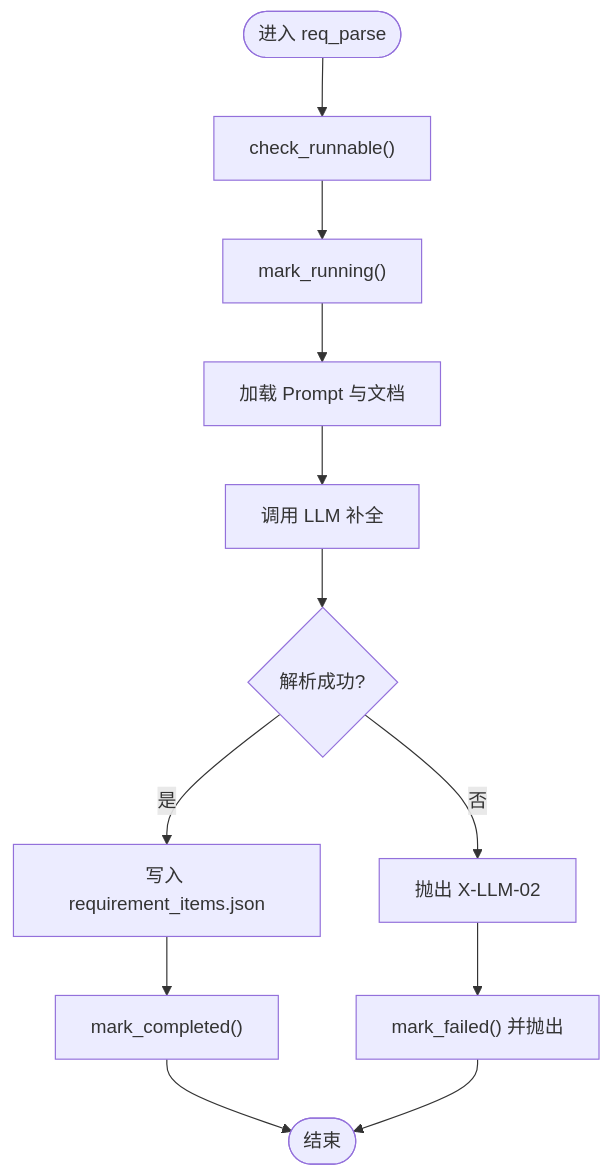
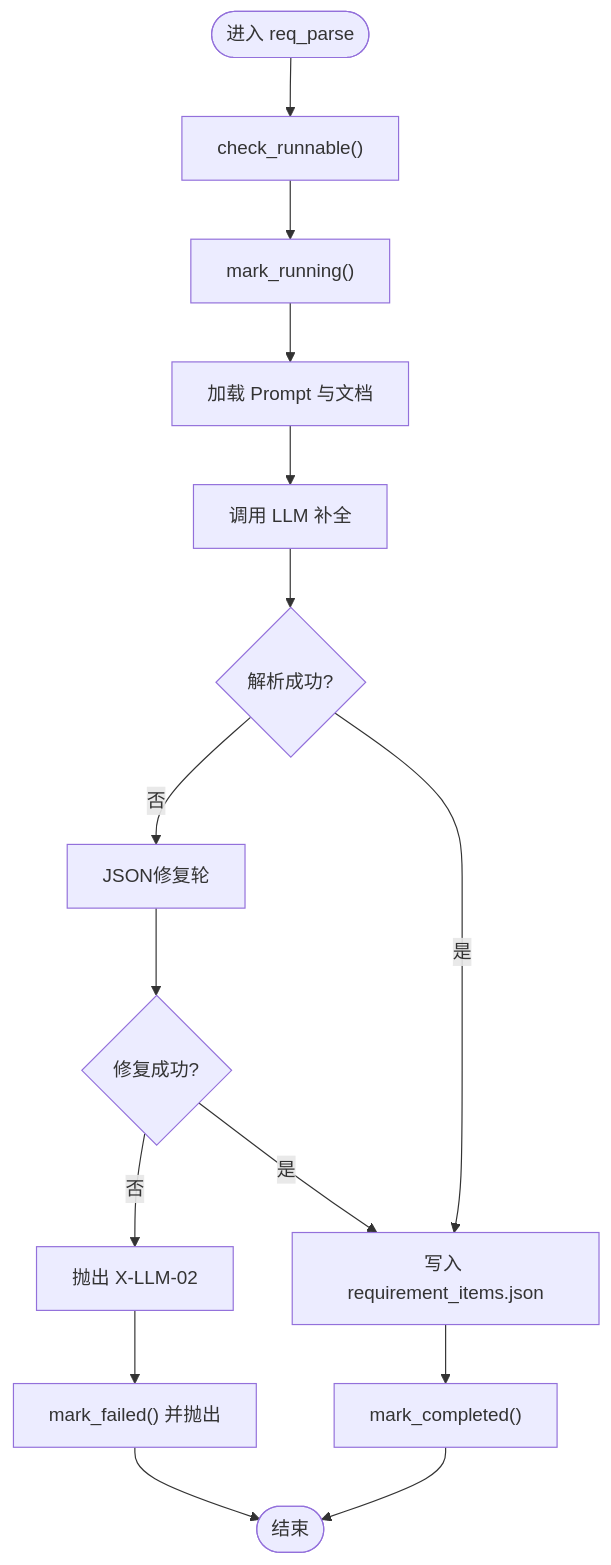
The third of 5 diagrams in .qoder/repowiki/zh/content/流水线工作流/流水线工作流.md (Joeyzheng001/LLM-AutoTest), drawn with Mermaid before and after one commit. The commit also changed other lines of this file and 94 other files, not shown here.

````diff
--- a/.qoder/repowiki/zh/content/流水线工作流/流水线工作流.md
+++ b/.qoder/repowiki/zh/content/流水线工作流/流水线工作流.md
@@ -151,14 +181,17 @@
 ```mermaid
 flowchart TD
 Start(["进入 req_parse"]) --> Check["check_runnable()"]
 Check --> Run["mark_running()"]
 Run --> Load["加载 Prompt 与文档"]
 Load --> CallLLM["调用 LLM 补全"]
 CallLLM --> Parse{"解析成功?"}
-Parse --> |否| Err["抛出 X-LLM-02"]
-Parse --> |是| Write["写入 requirement_items.json"]
+Parse --> |否| Repair["JSON修复轮"]
+Repair --> Retry{"修复成功?"}
+Retry --> |否| Err["抛出 X-LLM-02"]
+Retry --> |是| Write["写入 requirement_items.json"]
+Parse --> |是| Write
 Write --> Done["mark_completed()"]
 Err --> Fail["mark_failed() 并抛出"]
 Done --> End(["结束"])
 Fail --> End
 ```
````
